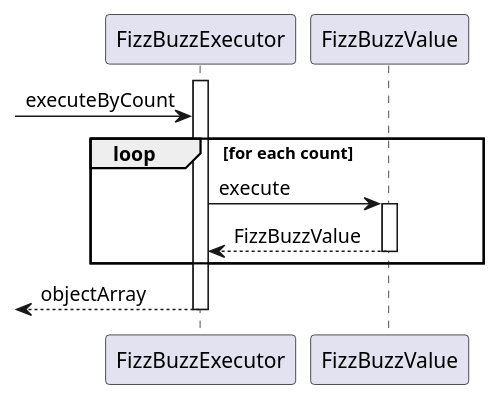
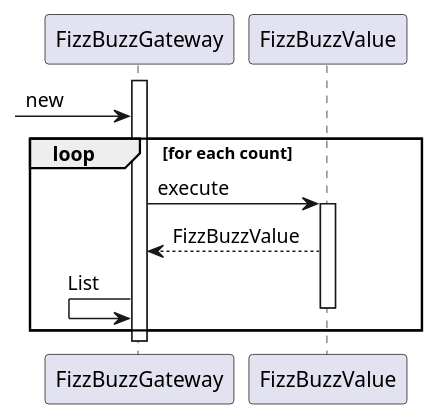
Before and after one commit to k2works/etude_for_java: the second of 8 diagrams in docs/src/fizzbuzz.md, drawn with PlantUML. The commit also changed other lines of this file and 12 other files, not shown here.

First line of the commit message:
FizzBuzz #EFJ-8

````diff
--- a/docs/src/fizzbuzz.md
+++ b/docs/src/fizzbuzz.md
@@ -100,14 +100,14 @@
 ```puml
 @startuml
-   activate FizzBuzzExecutor
-   -> FizzBuzzExecutor :executeByCount
+   activate FizzBuzzGateway
+   -> FizzBuzzGateway :new
    loop for each count
-      FizzBuzzExecutor -> FizzBuzzValue :execute
+      FizzBuzzGateway -> FizzBuzzValue :execute
       activate FizzBuzzValue
-        FizzBuzzExecutor <-- FizzBuzzValue :FizzBuzzValue
+        FizzBuzzGateway <-- FizzBuzzValue :FizzBuzzValue
+        FizzBuzzGateway <- FizzBuzzGateway :List
       deactivate FizzBuzzValue
    end
-   <-- FizzBuzzExecutor :objectArray
-   deactivate FizzBuzzExecutor
+   deactivate FizzBuzzGateway
 @enduml
 ```
````
